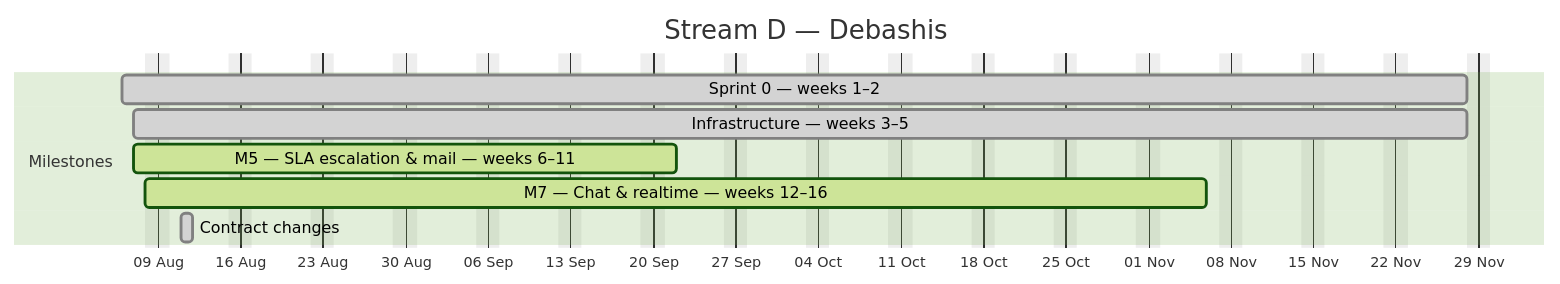
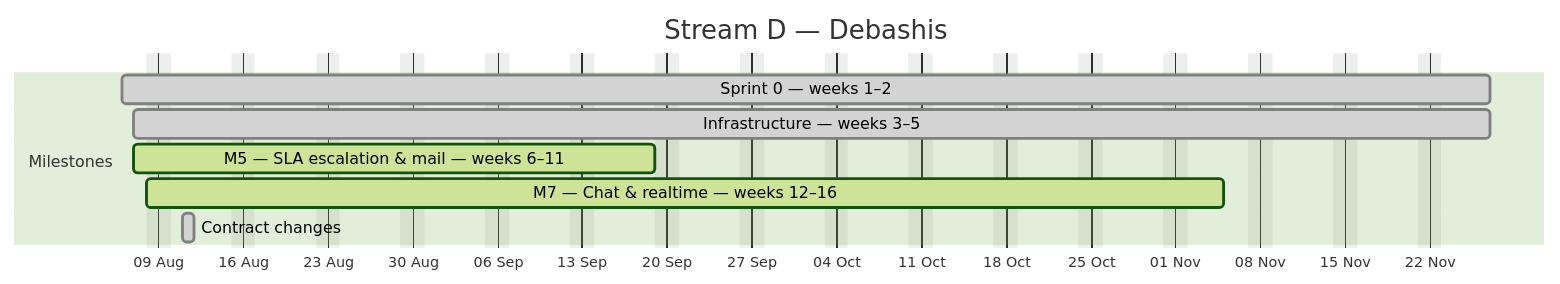
One commit to debashisedunext/EduTrack changed the fourth of 4 diagrams in docs/plan/GANTT.md. Above: the diagram before and after it, drawn with Mermaid (forest theme). The commit also changed other lines of this file and 3 other files, not shown here.

````diff
--- a/docs/plan/GANTT.md
+++ b/docs/plan/GANTT.md
@@ -166,13 +166,13 @@
 ```mermaid
 gantt
     dateFormat YYYY-MM-DD
     axisFormat %d %b
     title Stream D — Debashis
     excludes weekends
     section Milestones
-    Sprint 0 — weeks 1–2 :done, d0, 2026-08-06, 82d
-    Infrastructure — weeks 3–5 :done, d1, 2026-08-07, 81d
-    M5 — SLA  escalation & mail — weeks 6–11 :active, d2, 2026-08-07, 32d
-    M7 — Chat & realtime — weeks 12–16 :active, d3, 2026-08-08, 65d
+    Sprint 0 — weeks 1–2 :done, d0, 2026-08-06, 81d
+    Infrastructure — weeks 3–5 :done, d1, 2026-08-07, 80d
+    M5 — SLA  escalation & mail — weeks 6–11 :active, d2, 2026-08-07, 31d
+    M7 — Chat & realtime — weeks 12–16 :active, d3, 2026-08-08, 64d
     Contract changes :done, d4, 2026-08-11, 1d
 ```
````
